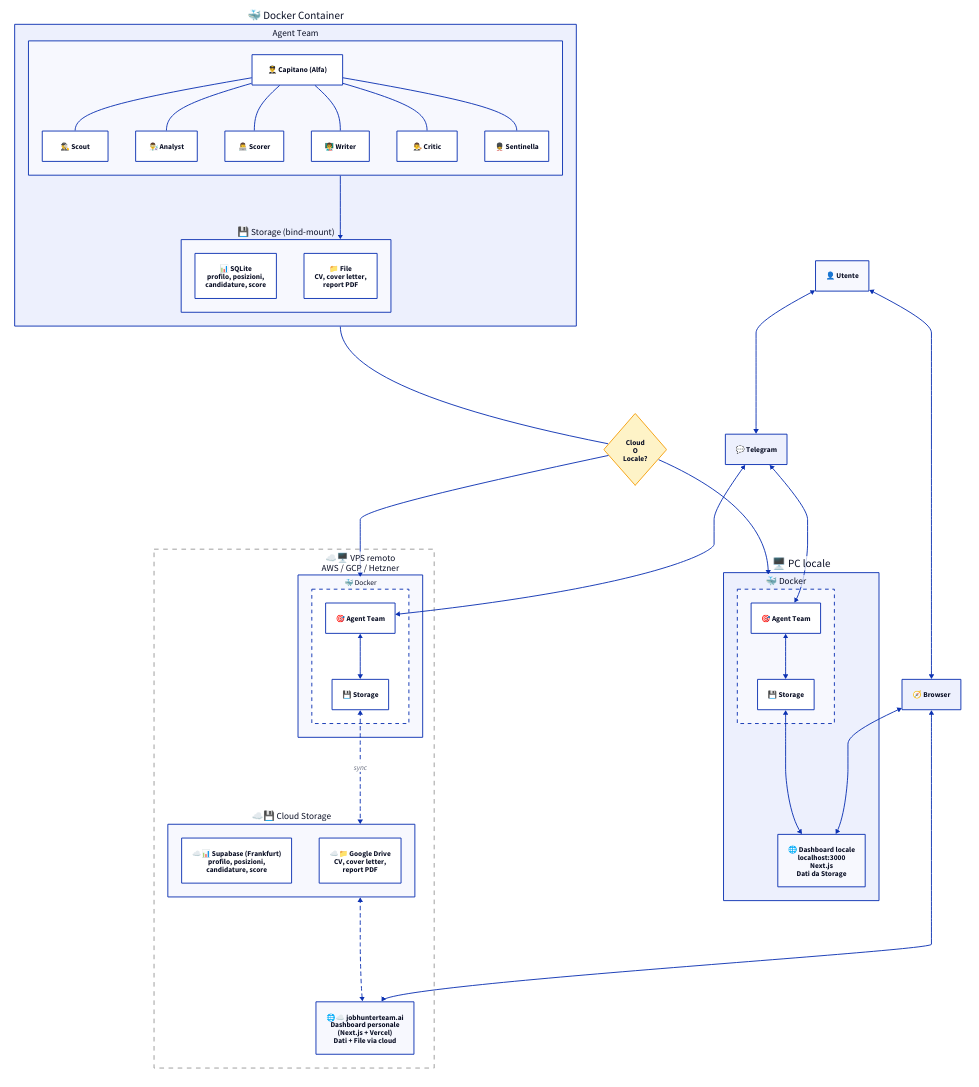
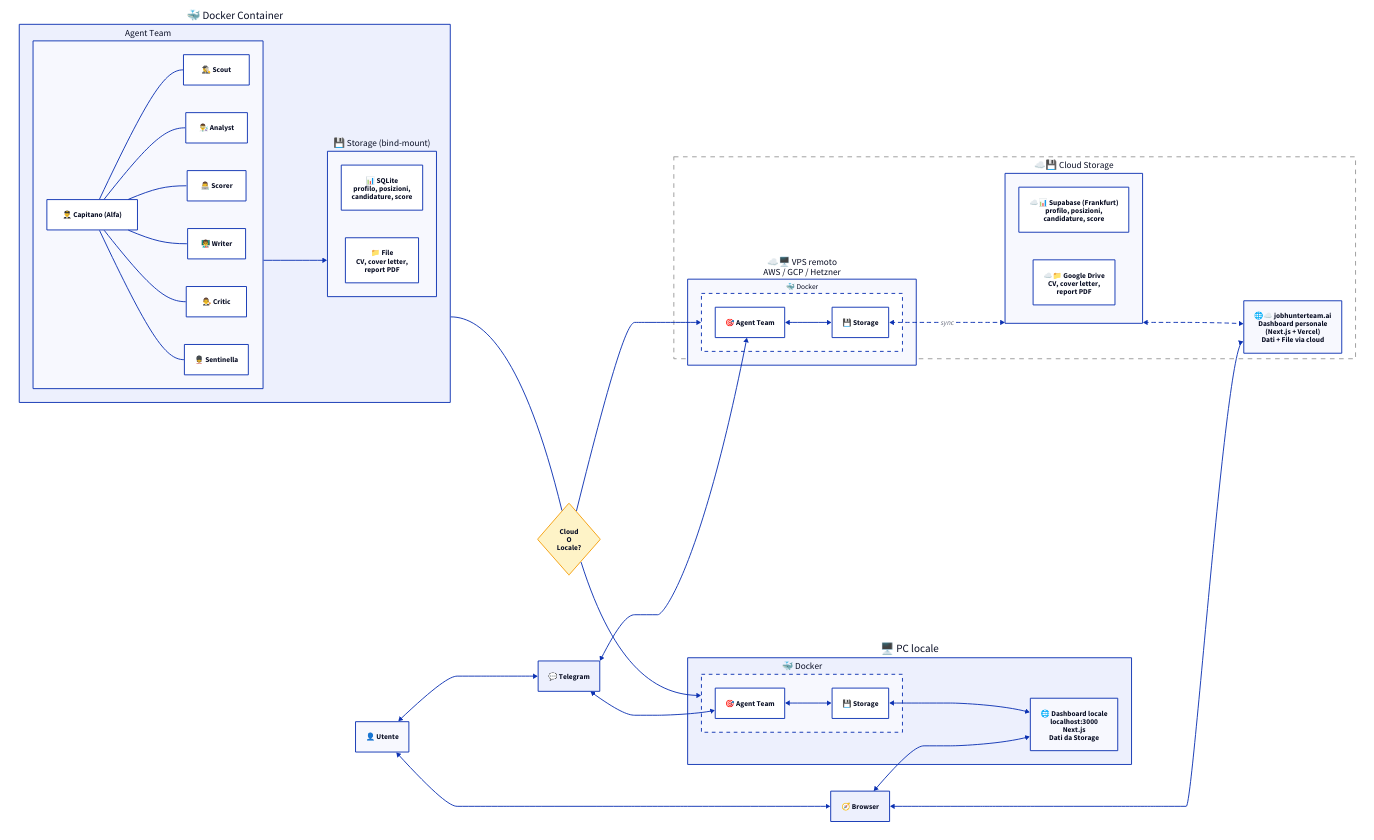
The diagram in docs/infra.d2 (leopu00/job-hunter-team), drawn with D2 before and after one commit.

Commit message:
docs(infra): layout variant - dagre with direction right
Root direction flipped to right, row containers to down. Wider horizontal spread.

```diff
--- a/docs/infra.d2
+++ b/docs/infra.d2
@@ -1,106 +1,106 @@
-direction: down
+direction: right
 
 row1: "" {
   style: {
     stroke: transparent
     fill: transparent
   }
-  direction: right
+  direction: down
 
   docker: "🐳 Docker Container" {
     team: "Agent Team" {
       capitano: "👨‍✈️ Capitano (Alfa)"
       scout: "🕵️‍♂️ Scout"
       analyst: "👨‍🔬 Analyst"
       scorer: "👨‍💻 Scorer"
       writer: "👨‍🏫 Writer"
       critic: "👨‍⚖️ Critic"
       sentinella: "💂 Sentinella"
 
       capitano -- scout
       capitano -- analyst
       capitano -- scorer
       capitano -- writer
       capitano -- critic
       capitano -- sentinella
     }
 
     storage: "💾 Storage (bind-mount)" {
       sqlite: "📊 SQLite\nprofilo, posizioni,\ncandidature, score"
       file: "📁 File\nCV, cover letter,\nreport PDF"
     }
 
     team -> storage
   }
 
   cloud_col: "" {
     style: {
       stroke: "#999"
       stroke-dash: 5
       fill: transparent
     }
     cloud: "☁️💾 Cloud Storage" {
       supabase: "☁️📊 Supabase (Frankfurt)\nprofilo, posizioni,\ncandidature, score"
       gdrive: "☁️📁 Google Drive\nCV, cover letter,\nreport PDF"
     }
     site: "🌐☁️ jobhunterteam.ai\nDashboard personale\n(Next.js + Vercel)\nDati + File via cloud"
     vps: "☁️🖥️ VPS remoto\nAWS / GCP / Hetzner" {
       docker: "🐳 Docker" {
         style.stroke-dash: 4
         team: "🎯 Agent Team"
         storage: "💾 Storage"
       }
     }
     cloud <-> site: {
       style.stroke-dash: 4
     }
   }
 
 }
 
 row2: "" {
   style: {
     stroke: transparent
     fill: transparent
   }
-  direction: right
+  direction: down
 
   pc: "🖥️ PC locale" {
     docker: "🐳 Docker" {
       style.stroke-dash: 4
       team: "🎯 Agent Team"
       storage: "💾 Storage"
     }
     dashboard_locale: "🌐 Dashboard locale\nlocalhost:3000\nNext.js\nDati da Storage"
   }
   telegram: "💬 Telegram"
   browser: "🧭 Browser"
 }
 
 utente: "👤 Utente"
 junction: "Cloud\nO\nLocale?" {
   shape: diamond
   style: {
     fill: "#fef3c7"
     stroke: "#f59e0b"
     stroke-width: 2
   }
 }
 
 row1.cloud_col.vps.docker.storage <-> row1.cloud_col.cloud: sync {
   style.stroke-dash: 4
 }
 row2.pc.docker.storage <-> row2.pc.dashboard_locale
 row2.browser <-> row1.cloud_col.site
 row1.docker -> junction: {
   target-arrowhead.shape: none
 }
 junction -> row2.pc.docker
 junction -> row1.cloud_col.vps.docker
 row2.pc.docker.team <-> row2.pc.docker.storage
 row1.cloud_col.vps.docker.team <-> row1.cloud_col.vps.docker.storage
 utente <-> row2.browser
 row2.browser <-> row2.pc.dashboard_locale
 utente <-> row2.telegram
 row2.telegram <-> row2.pc.docker.team
 row2.telegram <-> row1.cloud_col.vps.docker.team
```
